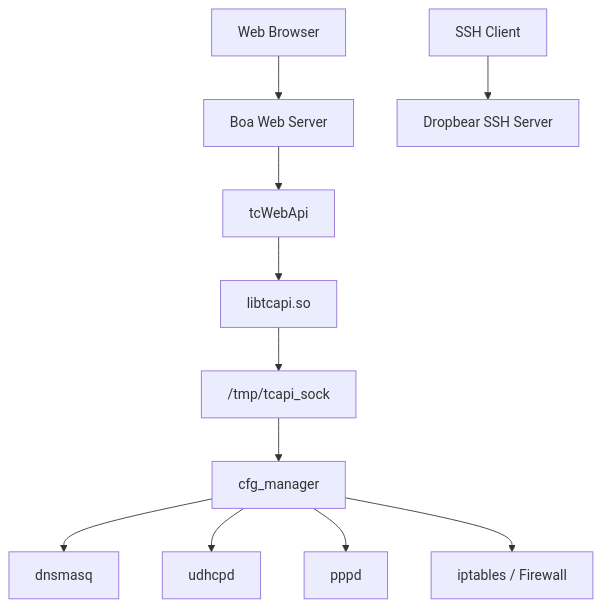
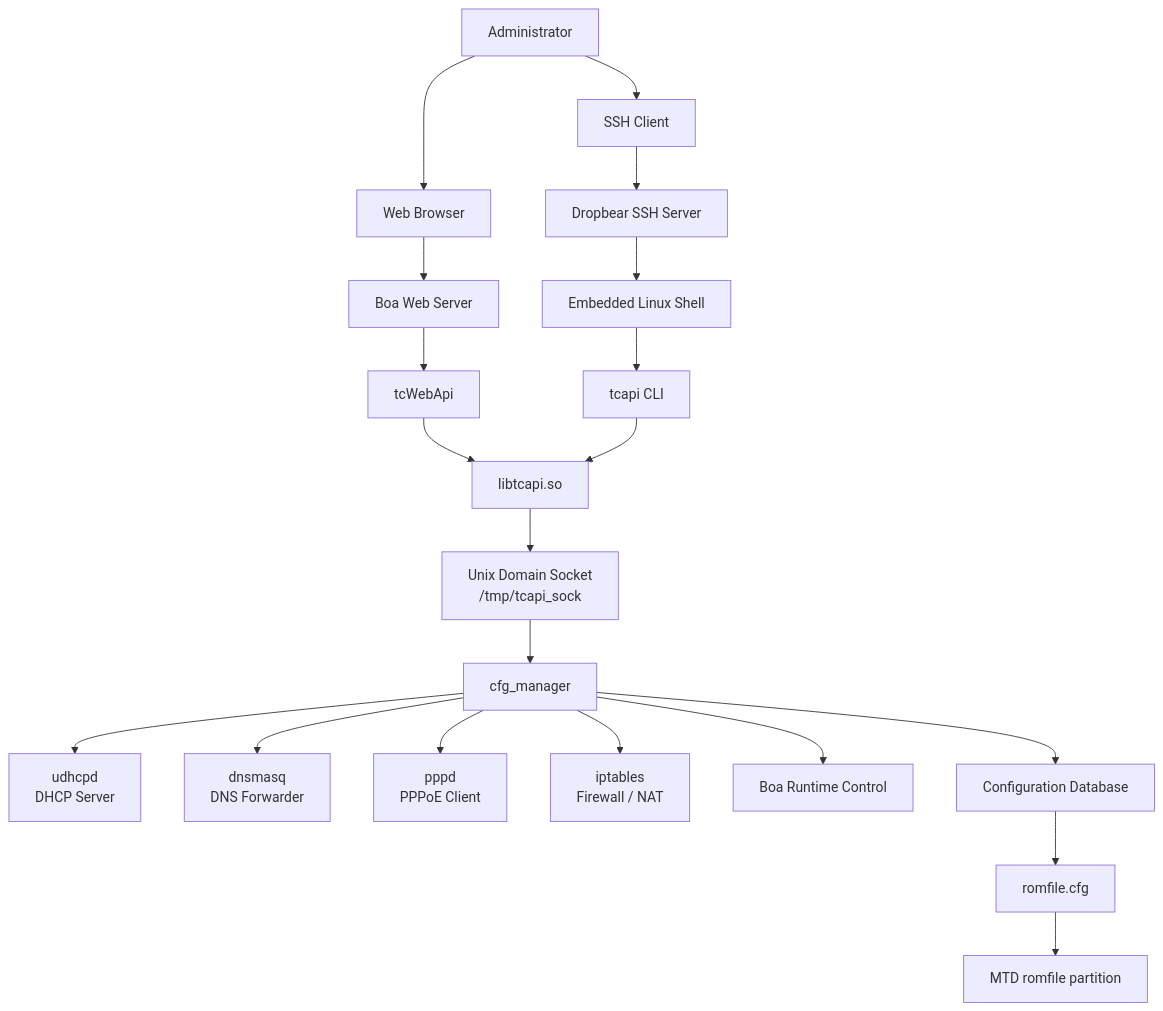
The diagram in diagrams/service-architecture.md (hamzaterzi/asus-dsl-ac750-firmware-reverse-engineering), drawn with Mermaid before and after one commit. The commit also changed other lines of this file, not shown here.

Commit message:
docs: improve service architecture diagram
Updated service architecture diagram to include administrator paths and clarify communication details.

````diff
--- a/diagrams/service-architecture.md
+++ b/diagrams/service-architecture.md
@@ -3,18 +3,33 @@
 ```mermaid
 flowchart TD
 
-    Browser["Web Browser"] --> Boa["Boa Web Server"]
-    SSH["SSH Client"] --> Dropbear["Dropbear SSH Server"]
+    Admin["Administrator"]
+
+    Admin --> Browser["Web Browser"]
+    Admin --> SSH["SSH Client"]
+
+    Browser --> Boa["Boa Web Server"]
+    SSH --> Dropbear["Dropbear SSH Server"]
 
     Boa --> tcWebApi["tcWebApi"]
+    Dropbear --> Shell["Embedded Linux Shell"]
+
+    Shell --> CLI["tcapi CLI"]
+
     tcWebApi --> libtcapi["libtcapi.so"]
+    CLI --> libtcapi
 
-    libtcapi --> Socket["/tmp/tcapi_sock"]
+    libtcapi --> Socket["Unix Domain Socket<br>/tmp/tcapi_sock"]
 
-    Socket --> cfg_manager["cfg_manager"]
+    Socket --> CFG["cfg_manager"]
 
-    cfg_manager --> dnsmasq["dnsmasq"]
-    cfg_manager --> udhcpd["udhcpd"]
-    cfg_manager --> pppd["pppd"]
-    cfg_manager --> Firewall["iptables / Firewall"]
+    CFG --> DHCP["udhcpd<br>DHCP Server"]
+    CFG --> DNS["dnsmasq<br>DNS Forwarder"]
+    CFG --> PPP["pppd<br>PPPoE Client"]
+    CFG --> FW["iptables<br>Firewall / NAT"]
+    CFG --> Web["Boa Runtime Control"]
+    CFG --> DB["Configuration Database"]
+
+    DB --> Romfile["romfile.cfg"]
+    Romfile --> Flash["MTD romfile partition"]
 ```
````
